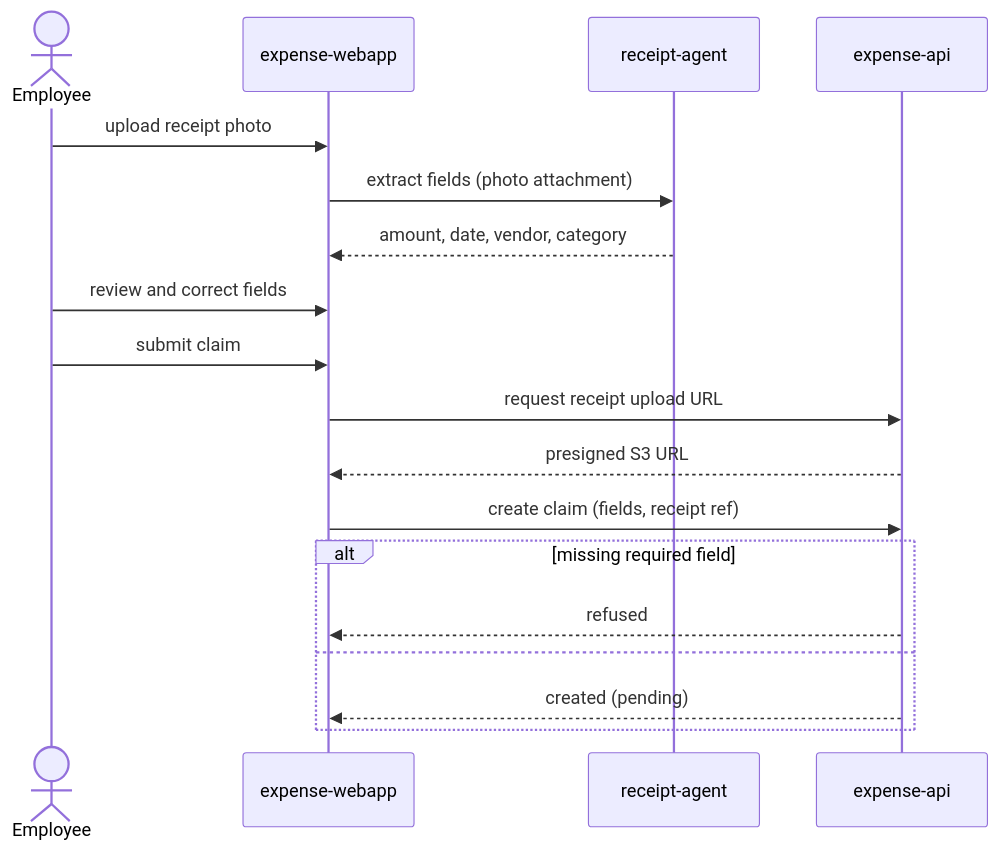
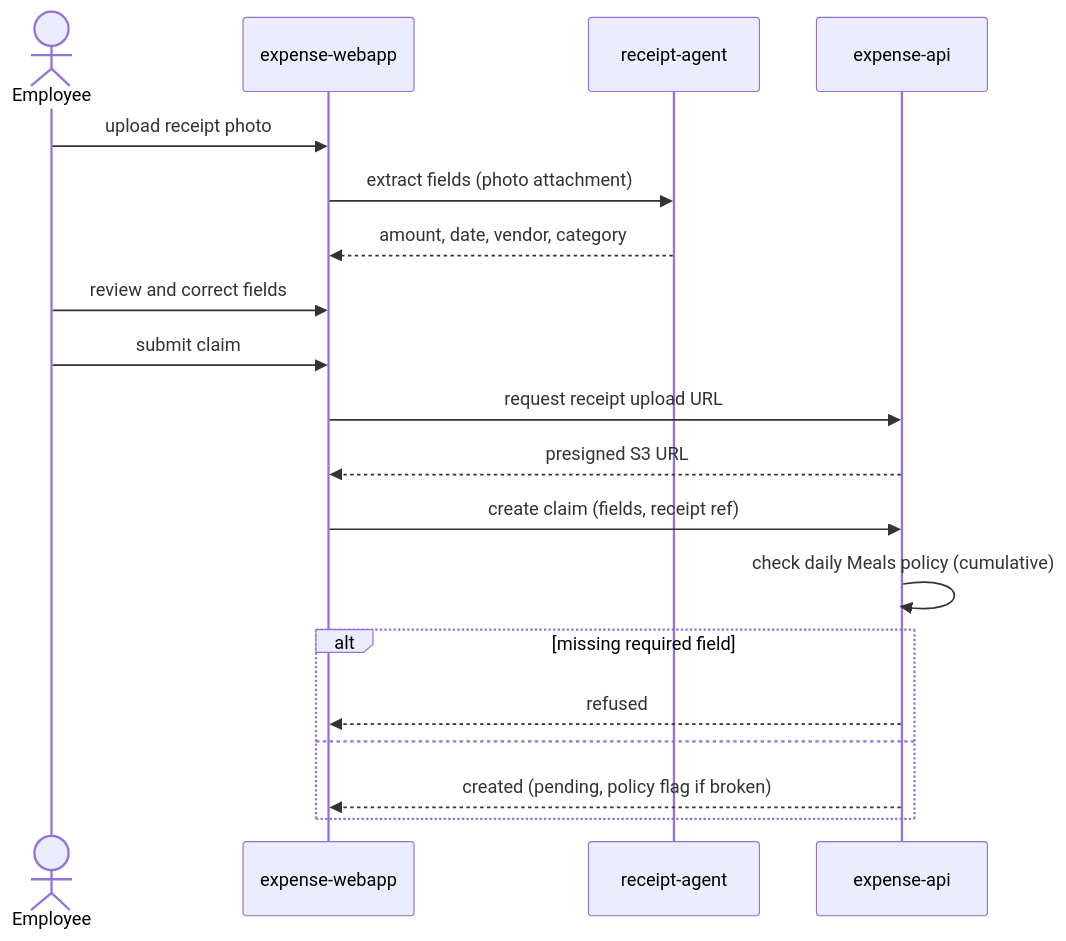
One commit to ae-demo/expense-claim-application changed the diagram in specs/design/flows/submit-expense-claim.md. Above: the diagram before and after it, drawn with Mermaid. The commit also changed 2 other files, not shown here.

Commit message:
aep: apply file changes: collab session

````diff
--- a/specs/design/flows/submit-expense-claim.md
+++ b/specs/design/flows/submit-expense-claim.md
@@ -6,21 +6,22 @@
 ```mermaid
 sequenceDiagram
     actor Employee
     participant expense-webapp
     participant receipt-agent
     participant expense-api
 
     Employee->>expense-webapp: upload receipt photo
     expense-webapp->>receipt-agent: extract fields (photo attachment)
     receipt-agent-->>expense-webapp: amount, date, vendor, category
     Employee->>expense-webapp: review and correct fields
     Employee->>expense-webapp: submit claim
     expense-webapp->>expense-api: request receipt upload URL
     expense-api-->>expense-webapp: presigned S3 URL
     expense-webapp->>expense-api: create claim (fields, receipt ref)
+    expense-api->>expense-api: check daily Meals policy (cumulative)
     alt missing required field
         expense-api-->>expense-webapp: refused
     else
-        expense-api-->>expense-webapp: created (pending)
+        expense-api-->>expense-webapp: created (pending, policy flag if broken)
     end
 ```
````
